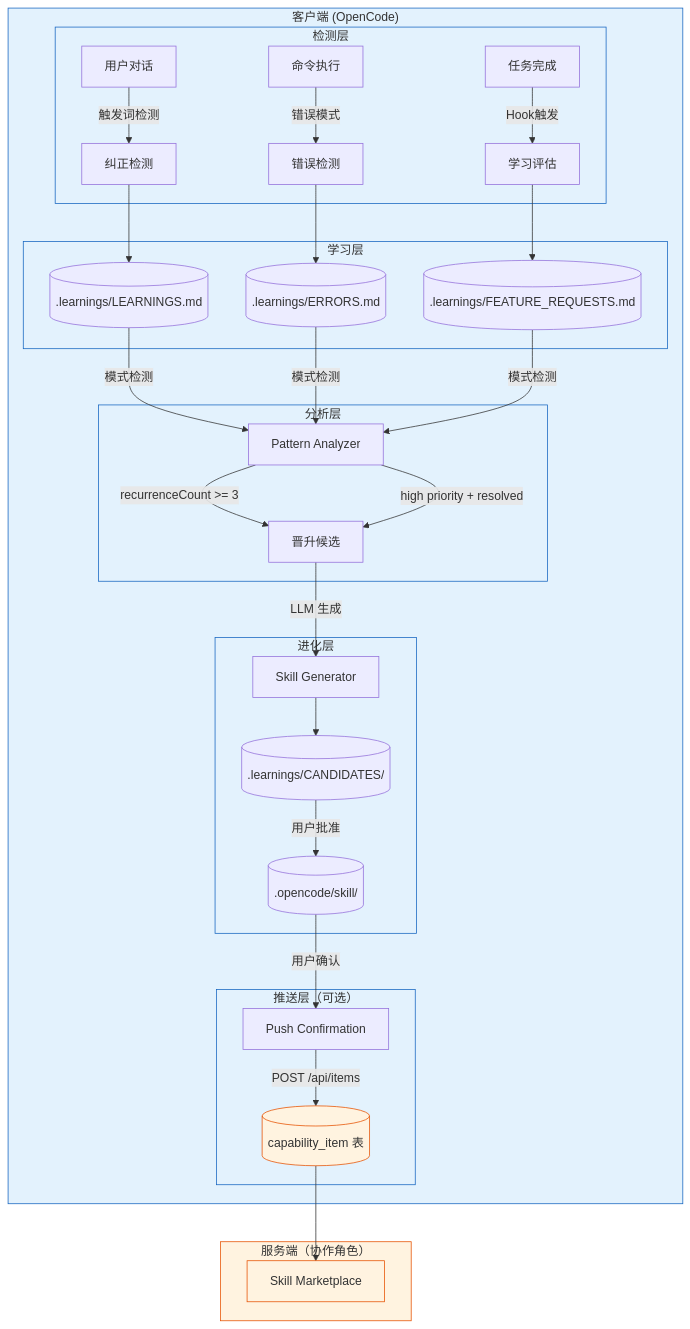
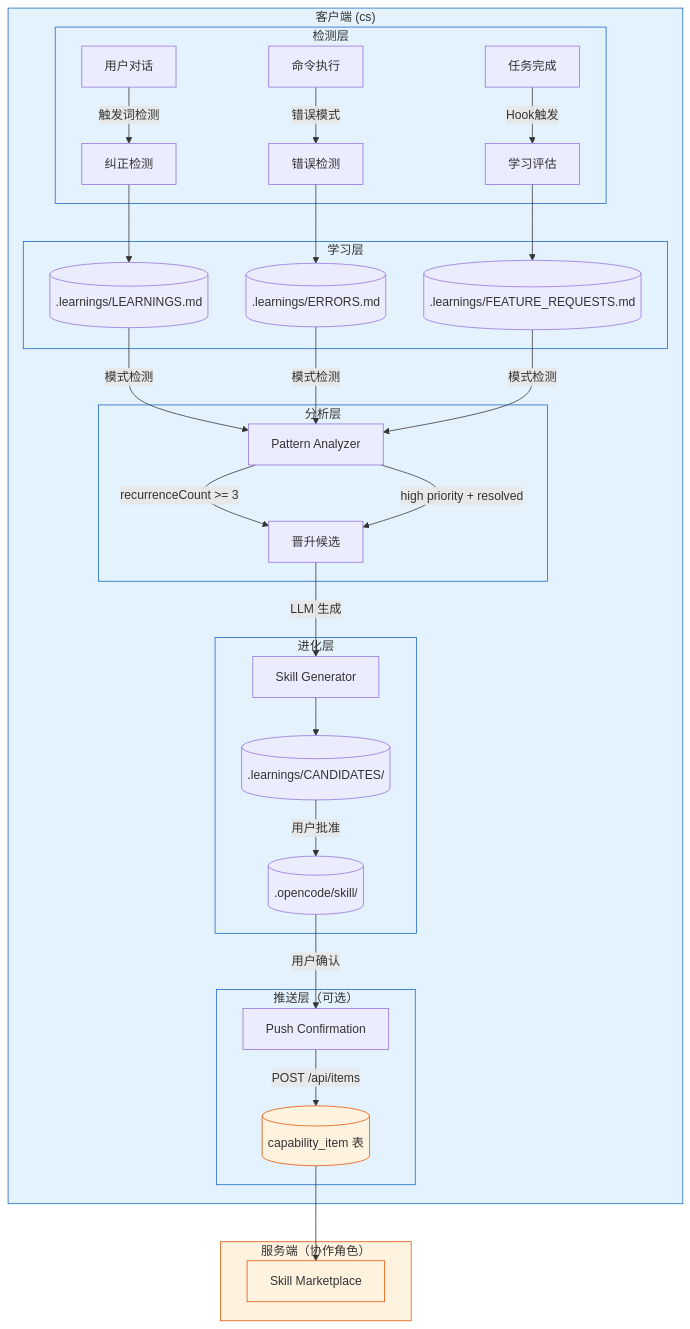
Before and after one commit to XDfield/costrict-web: the fourth of 5 diagrams in docs/SKILL_GEN_AND_RECOMMENDATION.md, drawn with Mermaid. The commit also changed other lines of this file and 6 other files, not shown here.

````diff
--- a/docs/SKILL_GEN_AND_RECOMMENDATION.md
+++ b/docs/SKILL_GEN_AND_RECOMMENDATION.md
@@ -584,44 +555,44 @@
 ```mermaid
 flowchart TD
-    subgraph CLIENT["客户端 (OpenCode)"]
+    subgraph CLIENT["客户端 (cs)"]
         subgraph DETECT["检测层"]
             A1[用户对话] -->|触发词检测| D1[纠正检测]
             A2[命令执行] -->|错误模式| D2[错误检测]
             A3[任务完成] -->|Hook触发| D3[学习评估]
         end
 
         subgraph LEARN["学习层"]
             D1 --> L1[(.learnings/LEARNINGS.md)]
             D2 --> L2[(.learnings/ERRORS.md)]
             D3 --> L3[(.learnings/FEATURE_REQUESTS.md)]
         end
 
         subgraph ANALYZE["分析层"]
             L1 & L2 & L3 -->|模式检测| AN[Pattern Analyzer]
             AN -->|recurrenceCount >= 3| C1[晋升候选]
             AN -->|high priority + resolved| C1
         end
 
         subgraph EVOLVE["进化层"]
             C1 -->|LLM 生成| SG[Skill Generator]
             SG --> CD[(.learnings/CANDIDATES/)]
             CD -->|用户批准| SK[(.opencode/skill/)]
         end
 
         subgraph PUSH["推送层（可选）"]
             SK -->|用户确认| PB[Push Confirmation]
             PB -->|POST /api/items| SVR
         end
     end
 
     subgraph SERVER["服务端（协作角色）"]
         SVR[(capability_item 表)]
         SVR --> MKT[Skill Marketplace]
     end
 
     classDef clientStyle fill:#e3f2fd,stroke:#1565c0
     classDef serverStyle fill:#fff3e0,stroke:#e65100
 
     class CLIENT,DETECT,LEARN,ANALYZE,EVOLVE,PUSH clientStyle
     class SERVER,SVR,MKT serverStyle
 ```
````
